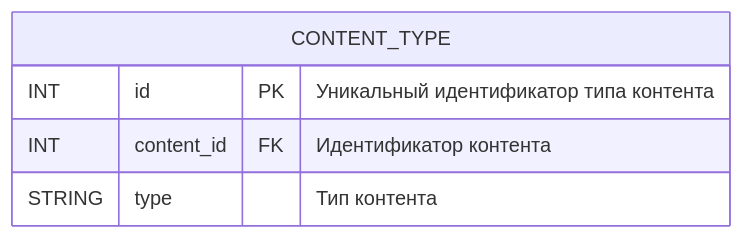
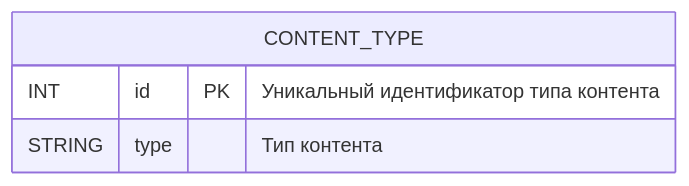
Before and after one commit to go-park-mail-ru/2024_1_Cyberkotletki: diagram 20 of 21 in db/normalized/relations.md, drawn with Mermaid. The commit also changed other lines of this file and 2 other files, not shown here.

````diff
--- a/db/normalized/relations.md
+++ b/db/normalized/relations.md
@@ -380,8 +506,7 @@
 ```mermaid
 erDiagram
     CONTENT_TYPE {
         INT id PK "Уникальный идентификатор типа контента"
-        INT content_id FK "Идентификатор контента"
         STRING type "Тип контента"
     }
 ```
````
